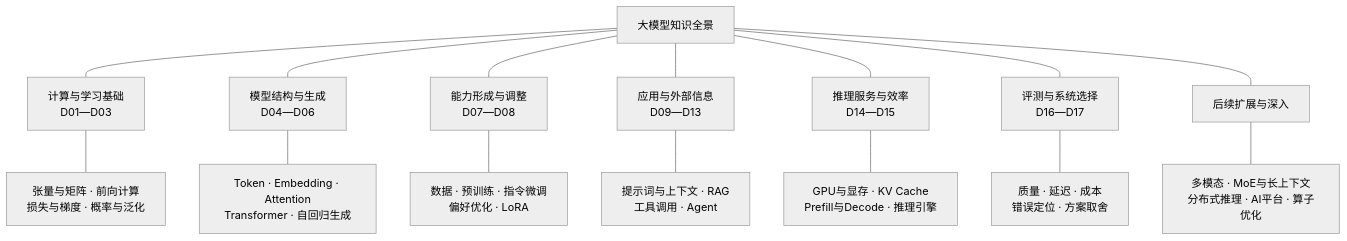
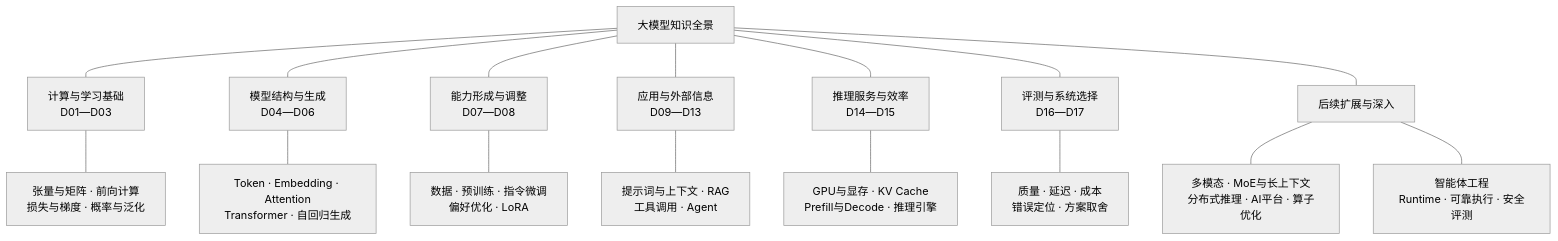
The first of 3 diagrams in knowledge-map.md (NealChristmas/LLM), drawn with Mermaid (neutral theme) before and after one commit. The commit also changed other lines of this file and 201 other files, not shown here.

````diff
--- a/knowledge-map.md
+++ b/knowledge-map.md
@@ -9,18 +9,19 @@
 ```mermaid
 flowchart TB
     root["大模型知识全景"]
     root --- base["计算与学习基础<br/>D01—D03"]
     root --- model["模型结构与生成<br/>D04—D06"]
     root --- train["能力形成与调整<br/>D07—D08"]
     root --- app["应用与外部信息<br/>D09—D13"]
     root --- serve["推理服务与效率<br/>D14—D15"]
     root --- eval["评测与系统选择<br/>D16—D17"]
     root --- future["后续扩展与深入"]
     base --- b["张量与矩阵 · 前向计算<br/>损失与梯度 · 概率与泛化"]
     model --- m["Token · Embedding · Attention<br/>Transformer · 自回归生成"]
     train --- t["数据 · 预训练 · 指令微调<br/>偏好优化 · LoRA"]
     app --- a["提示词与上下文 · RAG<br/>工具调用 · Agent"]
     serve --- s["GPU与显存 · KV Cache<br/>Prefill与Decode · 推理引擎"]
     eval --- e["质量 · 延迟 · 成本<br/>错误定位 · 方案取舍"]
     future --- f["多模态 · MoE与长上下文<br/>分布式推理 · AI平台 · 算子优化"]
+    future --- agentdeep["智能体工程<br/>Runtime · 可靠执行 · 安全评测"]
 ```
````
